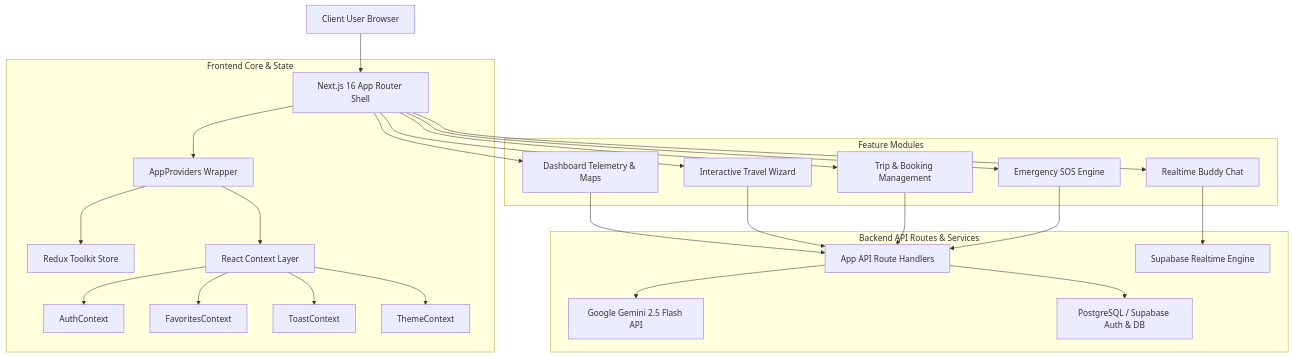
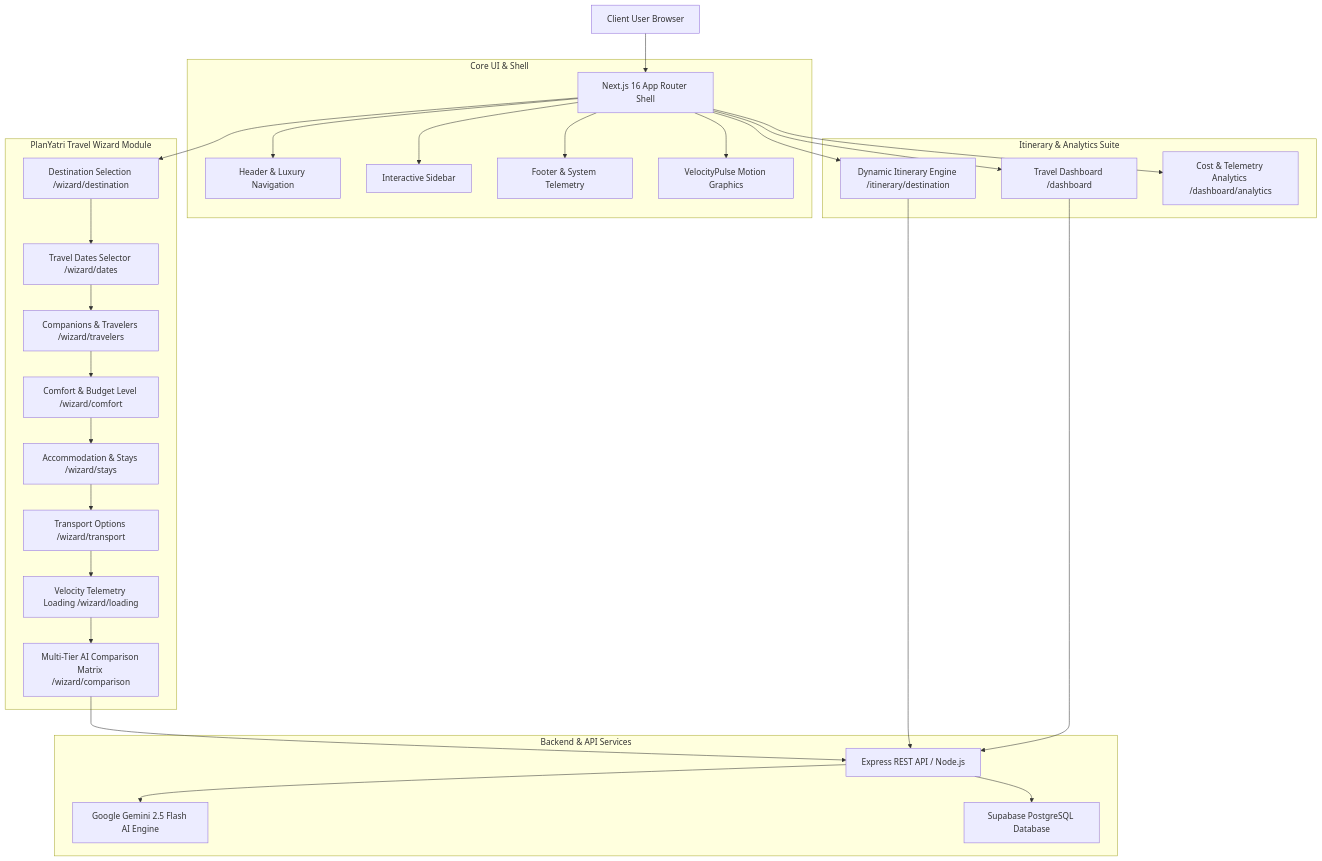
The first of 3 diagrams in frontend/docs/PLANYATRI_ARCHITECTURE_FEATURES.md (Priyankkhatri/PlanYatri), drawn with Mermaid before and after one commit. The commit also changed other lines of this file, not shown here.

Commit message:
docs(architecture): expand documentation with PlanYatri travel wizard, multi-tier comparison matrix, and velocity telemetry

````diff
--- a/frontend/docs/PLANYATRI_ARCHITECTURE_FEATURES.md
+++ b/frontend/docs/PLANYATRI_ARCHITECTURE_FEATURES.md
@@ -11,32 +11,36 @@
 ```mermaid
 graph TD
     A[Client User Browser] --> B[Next.js 16 App Router Shell]
     
-    subgraph Frontend Core & State
-        B --> C[AppProviders Wrapper]
-        C --> D[Redux Toolkit Store]
-        C --> E[React Context Layer]
-        E --> E1[AuthContext]
-        E --> E2[FavoritesContext]
-        E --> E3[ToastContext]
-        E --> E4[ThemeContext]
+    subgraph Core UI & Shell
+        B --> C[Header & Luxury Navigation]
+        B --> D[Interactive Sidebar]
+        B --> E[Footer & System Telemetry]
+        B --> F[VelocityPulse Motion Graphics]
     end
 
-    subgraph Feature Modules
-        B --> F[Dashboard Telemetry & Maps]
-        B --> G[Interactive Travel Wizard]
-        B --> H[Trip & Booking Management]
-        B --> I[Emergency SOS Engine]
-        B --> J[Realtime Buddy Chat]
+    subgraph PlanYatri Travel Wizard Module
+        B --> G1[Destination Selection /wizard/destination]
+        G1 --> G2[Travel Dates Selector /wizard/dates]
+        G2 --> G3[Companions & Travelers /wizard/travelers]
+        G3 --> G4[Comfort & Budget Level /wizard/comfort]
+        G4 --> G5[Accommodation & Stays /wizard/stays]
+        G5 --> G6[Transport Options /wizard/transport]
+        G6 --> G7[Velocity Telemetry Loading /wizard/loading]
+        G7 --> G8[Multi-Tier AI Comparison Matrix /wizard/comparison]
     end
 
-    subgraph Backend API Routes & Services
-        F --> K[App API Route Handlers]
-        G --> K
+    subgraph Itinerary & Analytics Suite
+        B --> H[Dynamic Itinerary Engine /itinerary/destination]
+        B --> I[Travel Dashboard /dashboard]
+        B --> J[Cost & Telemetry Analytics /dashboard/analytics]
+    end
+
+    subgraph Backend & API Services
+        G8 --> K[Express REST API / Node.js]
         H --> K
         I --> K
-        J --> L[Supabase Realtime Engine]
-        K --> M[Google Gemini 2.5 Flash API]
-        K --> N[PostgreSQL / Supabase Auth & DB]
+        K --> L[Google Gemini 2.5 Flash AI Engine]
+        K --> M[Supabase PostgreSQL Database]
     end
 ```
````
